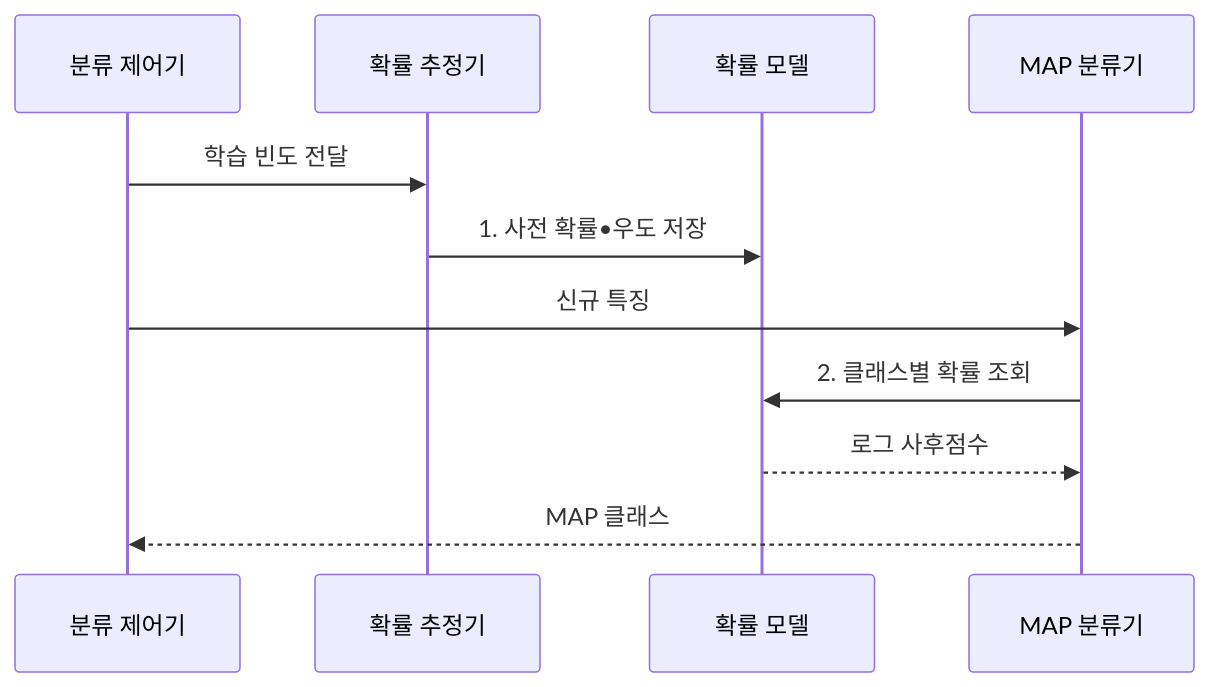
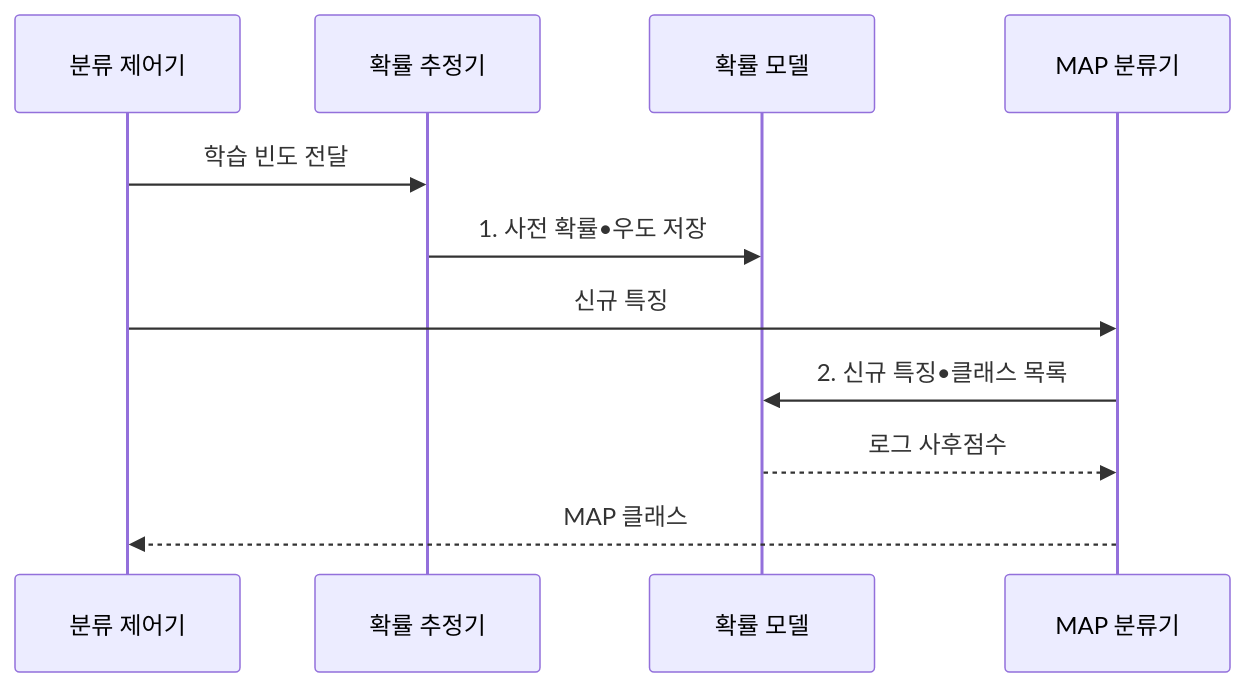
One commit to agnusdei1207/knowledge-base changed the second of 2 diagrams in src/content/docs/notes/01-basic-theory/051_naive_bayes.md. Above: the diagram before and after it, drawn with Mermaid. The commit also changed other lines of this file and 17 other files, not shown here.

````diff
--- a/src/content/docs/notes/01-basic-theory/051_naive_bayes.md
+++ b/src/content/docs/notes/01-basic-theory/051_naive_bayes.md
@@ -81,13 +81,13 @@
 ```mermaid
 sequenceDiagram
     participant T as 분류 제어기
     participant E as 확률 추정기
     participant M as 확률 모델
     participant C as MAP 분류기
     T->>E: 학습 빈도 전달
     E->>M: 1. 사전 확률•우도 저장
     T->>C: 신규 특징
-    C->>M: 2. 클래스별 확률 조회
+    C->>M: 2. 신규 특징•클래스 목록
     M-->>C: 로그 사후점수
     C-->>T: MAP 클래스
 ```
````
